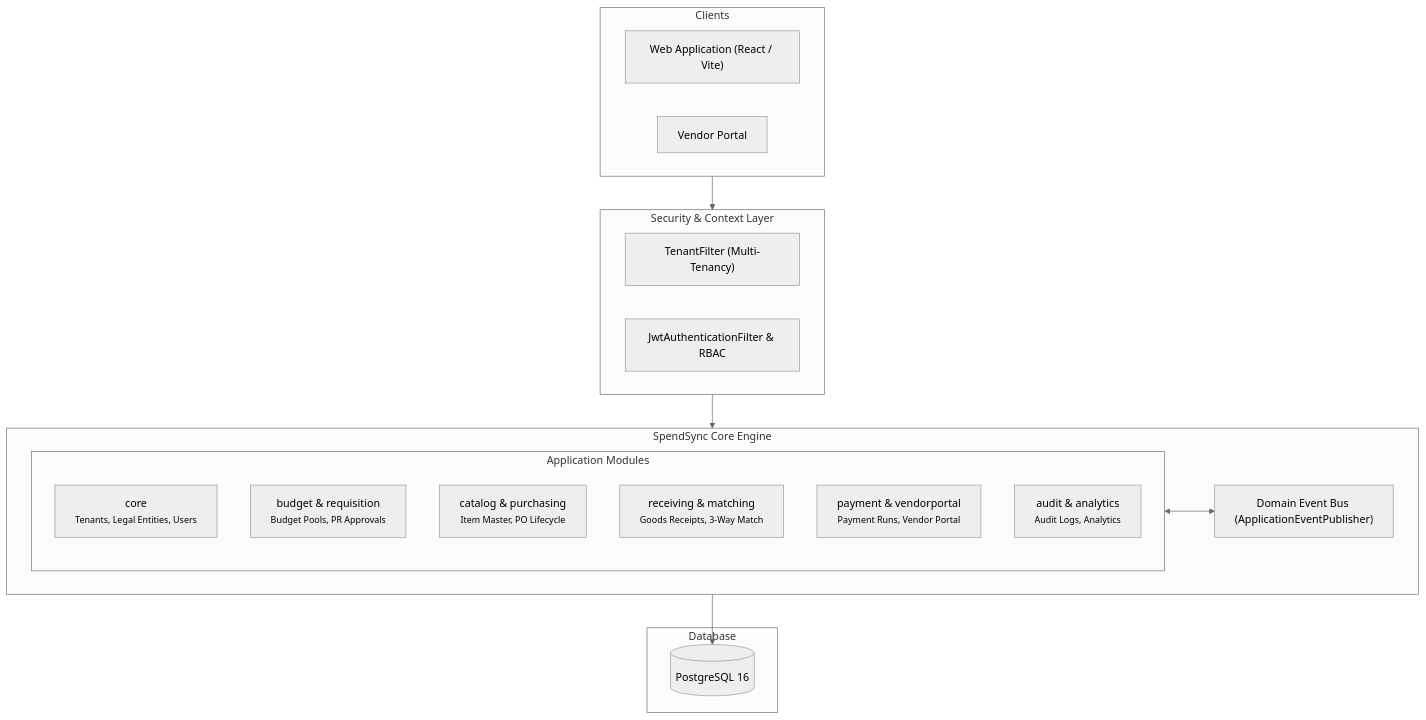
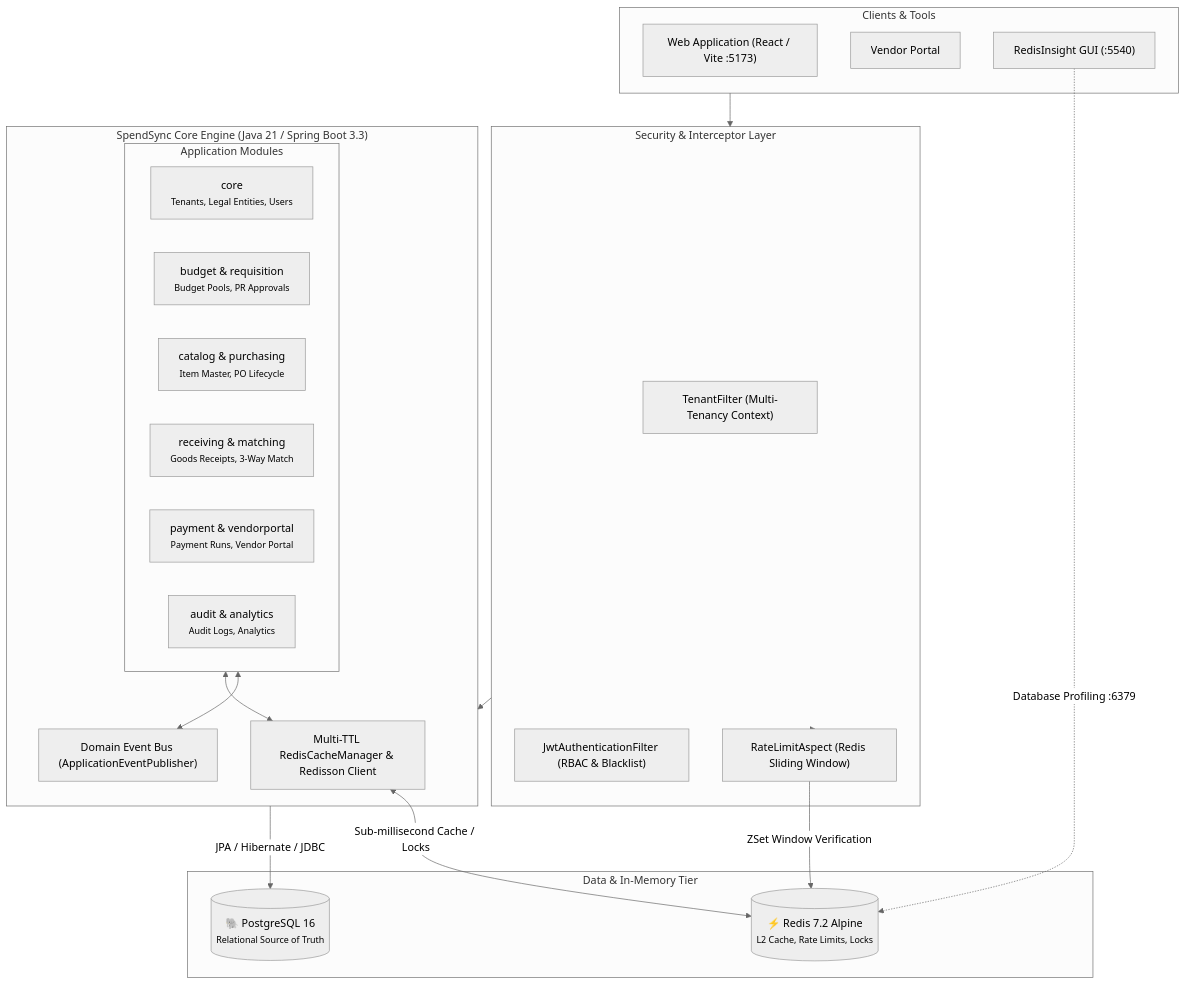
Before and after one commit to doguhanniltextra/spend-sync: the first of 2 diagrams in README.md, drawn with Mermaid (neutral theme). The commit also changed other lines of this file, not shown here.

Commit message:
docs: update system architecture diagram and tech stack to include Redis and RedisInsight

````diff
--- a/README.md
+++ b/README.md
@@ -19,34 +21,44 @@
 ```mermaid
 graph TB
-    subgraph Clients["Clients"]
-        SPA["Web Application (React / Vite)"]
+    subgraph Clients["Clients & Tools"]
+        SPA["Web Application (React / Vite :5173)"]
         VP["Vendor Portal"]
+        INSIGHT["RedisInsight GUI (:5540)"]
     end
 
-    subgraph Security["Security & Context Layer"]
-        TF["TenantFilter (Multi-Tenancy)"]
-        AUTH["JwtAuthenticationFilter & RBAC"]
+    subgraph Security["Security & Interceptor Layer"]
+        TF["TenantFilter (Multi-Tenancy Context)"]
+        AUTH["JwtAuthenticationFilter (RBAC & Blacklist)"]
+        RATE["RateLimitAspect (Redis Sliding Window)"]
     end
 
-    subgraph Monolith["SpendSync Core Engine"]
+    subgraph Monolith["SpendSync Core Engine (Java 21 / Spring Boot 3.3)"]
         subgraph DomainModules["Application Modules"]
             M_CORE["core<br/><small>Tenants, Legal Entities, Users</small>"]
             M_BGT["budget & requisition<br/><small>Budget Pools, PR Approvals</small>"]
             M_CAT["catalog & purchasing<br/><small>Item Master, PO Lifecycle</small>"]
             M_RCV["receiving & matching<br/><small>Goods Receipts, 3-Way Match</small>"]
             M_PAY["payment & vendorportal<br/><small>Payment Runs, Vendor Portal</small>"]
             M_GOV["audit & analytics<br/><small>Audit Logs, Analytics</small>"]
         end
 
+        CACHE_MGR["Multi-TTL RedisCacheManager & Redisson Client"]
         EVENT_BUS["Domain Event Bus (ApplicationEventPublisher)"]
     end
 
-    subgraph Storage["Database"]
-        DB[("PostgreSQL 16")]
+    subgraph Storage["Data & In-Memory Tier"]
+        DB[("🐘 PostgreSQL 16<br/><small>Relational Source of Truth</small>")]
+        REDIS[("⚡ Redis 7.2 Alpine<br/><small>L2 Cache, Rate Limits, Locks</small>")]
     end
 
     Clients --> Security
+    Security --> RATE
+    RATE -->|ZSet Window Verification| REDIS
     Security --> Monolith
+
     DomainModules <--> EVENT_BUS
-    Monolith --> DB
+    DomainModules <--> CACHE_MGR
+    CACHE_MGR <-->|Sub-millisecond Cache / Locks| REDIS
+    Monolith -->|JPA / Hibernate / JDBC| DB
+    INSIGHT -.->|Database Profiling :6379| REDIS
 ```
````
